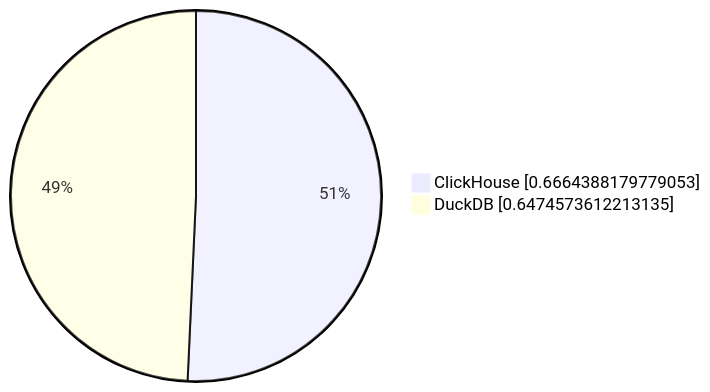
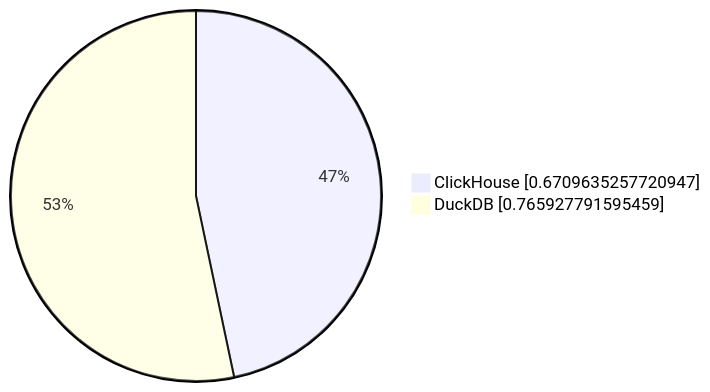
One commit to Altinity/clickhouse-regression changed the eighth of 10 diagrams in parquet/performance/results/README.md. Above: the diagram before and after it, drawn with Mermaid. The commit also changed other lines of this file and 2 other files, not shown here.

````diff
--- a/parquet/performance/results/README.md
+++ b/parquet/performance/results/README.md
@@ -80,5 +80,5 @@
 ```mermaid
      pie showData
-         "ClickHouse" : 0.6664388179779053
-         "DuckDB" : 0.6474573612213135
+         "ClickHouse" : 0.6709635257720947
+         "DuckDB" : 0.765927791595459
 ```
````
